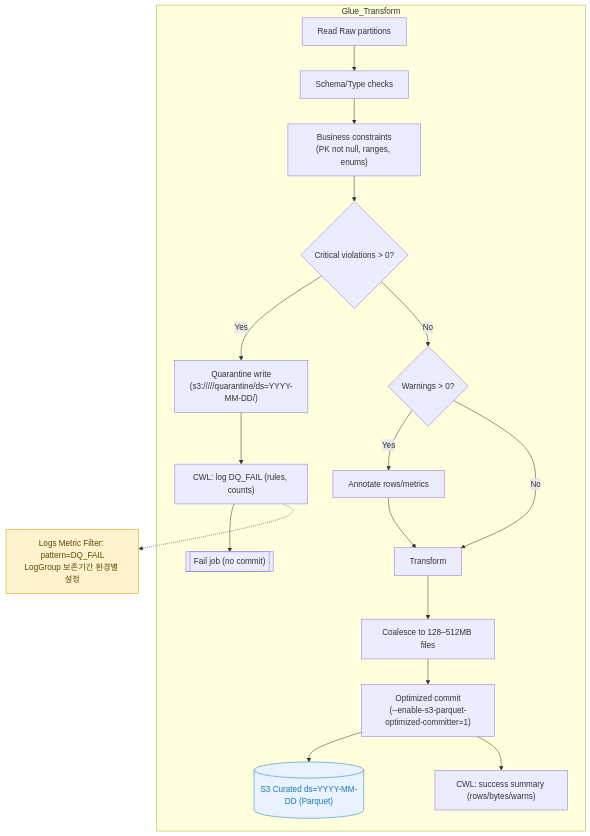
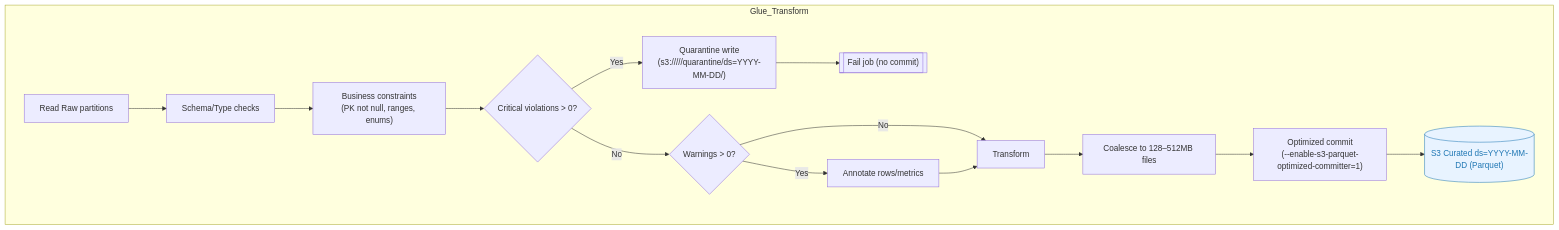
Before and after one commit to keemgdeok/fin-forge-pipeline: the diagram in docs/diagrams/transform/04-data-quality-gate.md, drawn with Mermaid. The commit also changed 20 other files, not shown here.

Commit message:
docs(specs/state-machine): catalog_update 입력 추가, SCHEMA_CHECK_FAILED 정의, 재시도 정책 갱신, 관측성 축약

````diff
--- a/docs/diagrams/transform/04-data-quality-gate.md
+++ b/docs/diagrams/transform/04-data-quality-gate.md
@@ -1,27 +1,20 @@
 ```mermaid
 flowchart TD
   subgraph Glue_Transform
     R["Read Raw partitions"] --> S["Schema/Type checks"]
     S --> C["Business constraints<br/>(PK not null, ranges, enums)"]
     C --> D{Critical violations > 0?}
     D -->|Yes| Q["Quarantine write<br/>(s3://<curated-bucket>/<domain>/<table>/quarantine/ds=YYYY-MM-DD/)"]
-    Q --> L1["CWL: log DQ_FAIL (rules, counts)"]
-    L1 --> F[["Fail job (no commit)"]]
+    Q --> F[["Fail job (no commit)"]]
     D -->|No| W{Warnings > 0?}
     W -->|Yes| AN["Annotate rows/metrics"]
     W -->|No| T["Transform"]
     AN --> T
     T --> CO["Coalesce to 128–512MB files"]
     CO --> K["Optimized commit<br/>(--enable-s3-parquet-optimized-committer=1)"]
     K --> CUR[("S3 Curated ds=YYYY-MM-DD (Parquet)")]
-    K --> L2["CWL: success summary (rows/bytes/warns)"]
   end
 
-  %% Observability note
-  Nobs["Logs Metric Filter: pattern=DQ_FAIL<br/>LogGroup 보존기간 환경별 설정"]:::note
-  L1 -.-> Nobs
-
   classDef store fill:#e8f3ff,stroke:#1f77b4,color:#1f77b4;
-  classDef note fill:#fff3cd,stroke:#d39e00,color:#5c4800;
   class CUR store;
 ```
````
